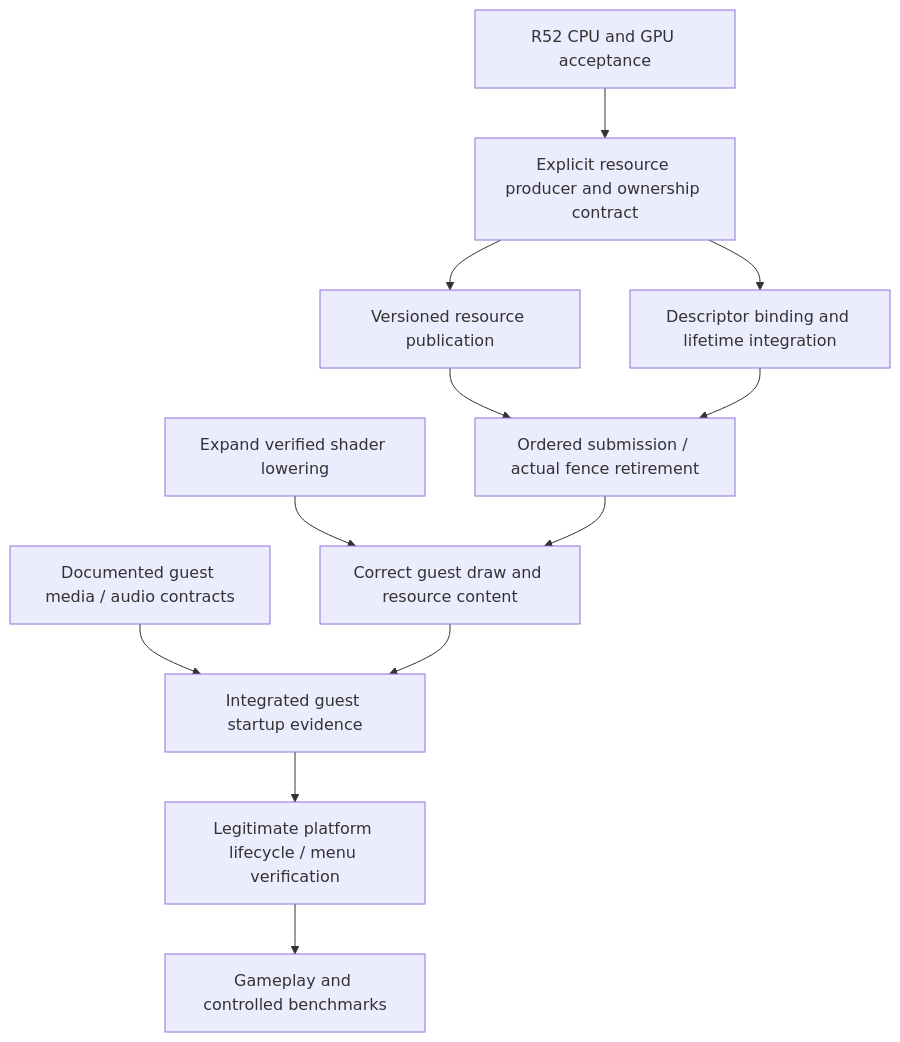
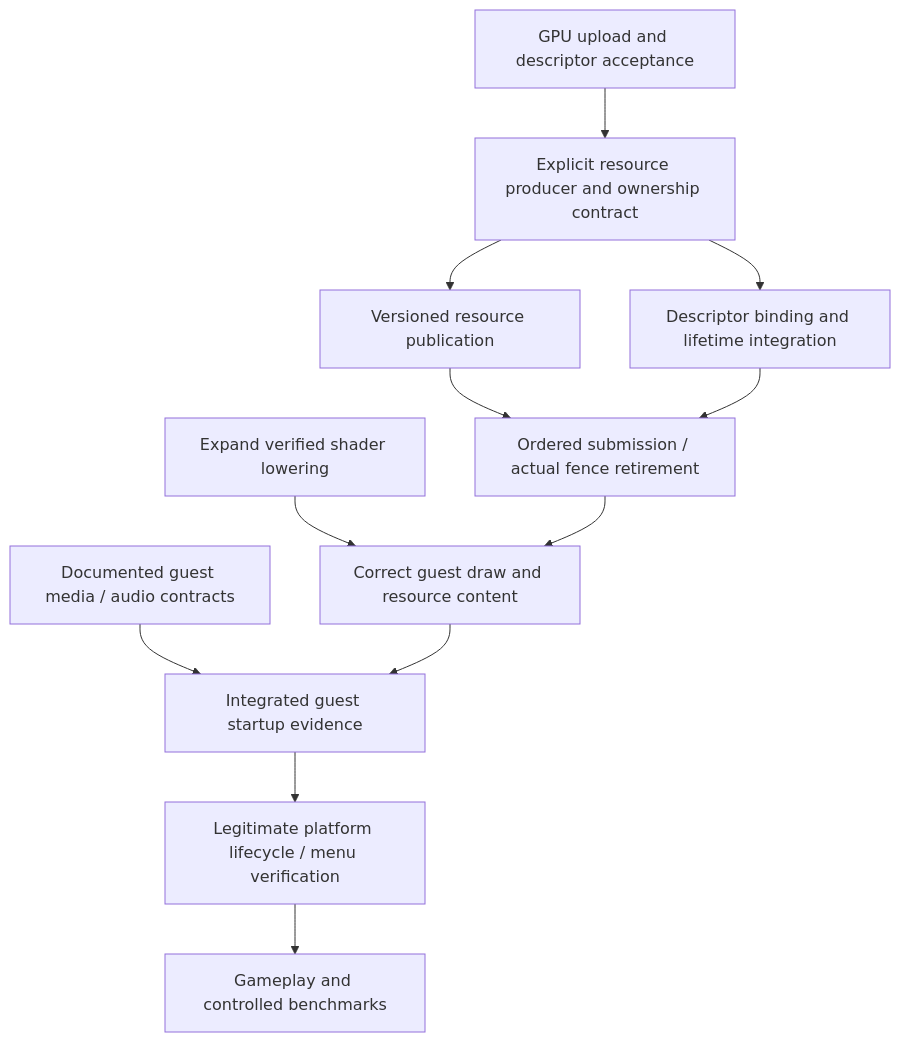
One commit to DBWilliamEngineering/IraRationis changed diagram 41 of 41 in docs/ARCHITECTURE-ATLAS.md. Above: the diagram before and after it, drawn with Mermaid. The commit also changed other lines of this file and 8 other files, not shown here.

Commit message:
Refresh architecture and diagnostics; fix validation workflow

````diff
--- a/docs/ARCHITECTURE-ATLAS.md
+++ b/docs/ARCHITECTURE-ATLAS.md
@@ -918,14 +920,14 @@
 ```mermaid
 flowchart TD
-    A["R52 CPU and GPU acceptance"] --> B["Explicit resource producer and ownership contract"]
+    A["GPU upload and descriptor acceptance"] --> B["Explicit resource producer and ownership contract"]
     B --> C["Versioned resource publication"]
     B --> D["Descriptor binding and lifetime integration"]
     C --> E["Ordered submission / actual fence retirement"]
     D --> E
     S["Expand verified shader lowering"] --> G["Correct guest draw and resource content"]
     E --> G
     M["Documented guest media / audio contracts"] --> V["Integrated guest startup evidence"]
     G --> V
     V --> L["Legitimate platform lifecycle / menu verification"]
     L --> P["Gameplay and controlled benchmarks"]
 ```
````
